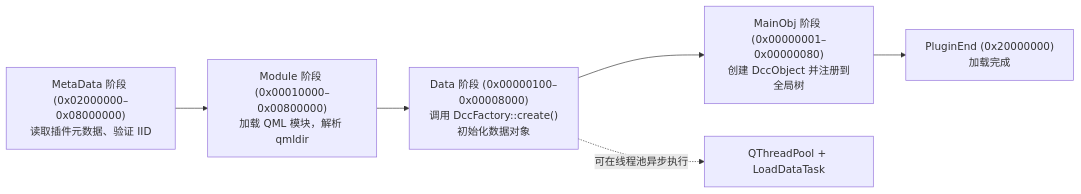
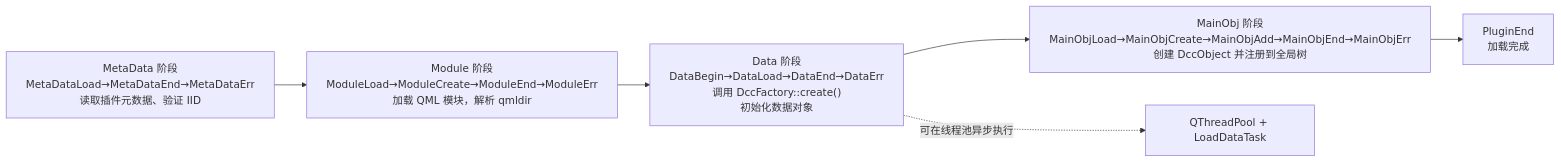
The third of 6 diagrams in 控制中心(dde-control-center)简介.md (linuxdeepin/dde-control-center), drawn with Mermaid before and after one commit. The commit also changed other lines of this file and 7 other files, not shown here.

````diff
--- a/控制中心(dde-control-center)简介.md
+++ b/控制中心(dde-control-center)简介.md
@@ -200,9 +301,9 @@
 ```mermaid
 graph LR
-    META["MetaData 阶段 (0x02000000–0x08000000)<br/>读取插件元数据、验证 IID"] --> MODULE["Module 阶段 (0x00010000–0x00800000)<br/>加载 QML 模块，解析 qmldir"]
-    MODULE --> DATA["Data 阶段 (0x00000100–0x00008000)<br/>调用 DccFactory::create()<br/>初始化数据对象"]
-    DATA --> MAINOBJ["MainObj 阶段 (0x00000001–0x00000080)<br/>创建 DccObject 并注册到全局树"]
-    MAINOBJ --> DONE["PluginEnd (0x20000000)<br/>加载完成"]
+    META["MetaData 阶段<br/>MetaDataLoad→MetaDataEnd→MetaDataErr<br/>读取插件元数据、验证 IID"] --> MODULE["Module 阶段<br/>ModuleLoad→ModuleCreate→ModuleEnd→ModuleErr<br/>加载 QML 模块，解析 qmldir"]
+    MODULE --> DATA["Data 阶段<br/>DataBegin→DataLoad→DataEnd→DataErr<br/>调用 DccFactory::create()<br/>初始化数据对象"]
+    DATA --> MAINOBJ["MainObj 阶段<br/>MainObjLoad→MainObjCreate→MainObjAdd→MainObjEnd→MainObjErr<br/>创建 DccObject 并注册到全局树"]
+    MAINOBJ --> DONE["PluginEnd<br/>加载完成"]
 
     DATA -.->|可在线程池异步执行| THREADPOOL[QThreadPool + LoadDataTask]
 ```
````
